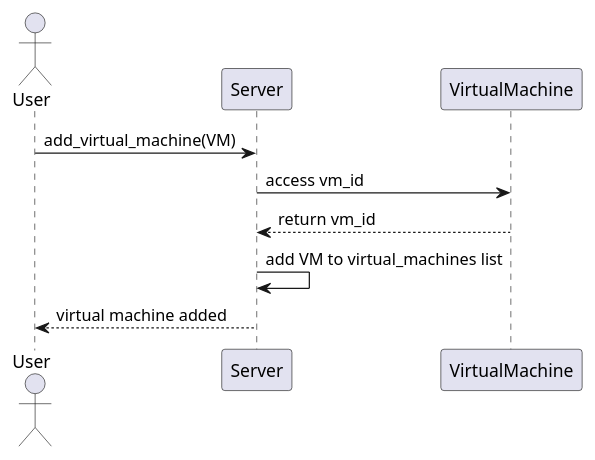
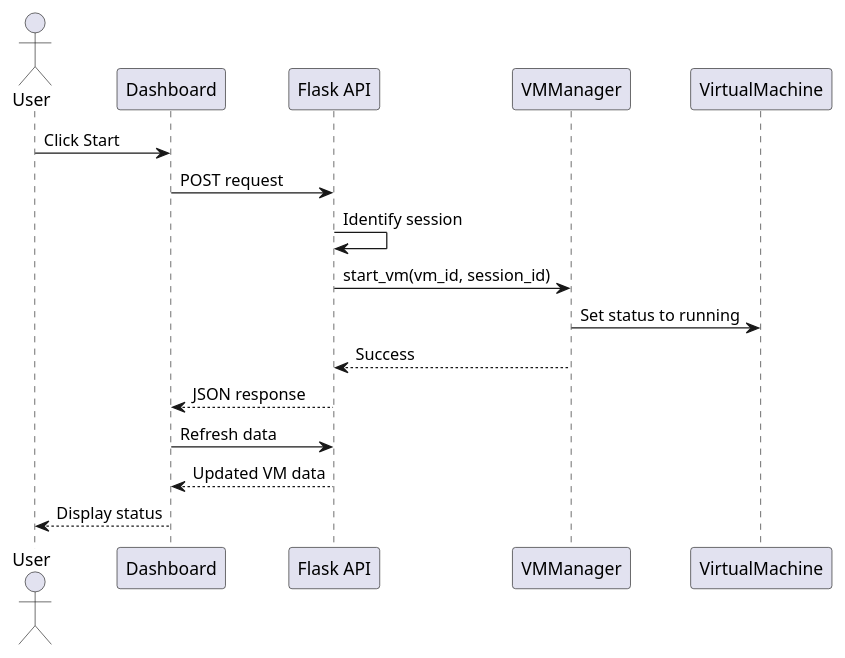
Before and after one commit to JonathanBeals/OOP-Final-Project: the diagram in uml/process-view.plantuml, drawn with PlantUML. The commit also changed 9 other files, not shown here.

Commit message:
Update 4+1 UML diagrams to reflect final architecture

```diff
--- a/uml/process-view.plantuml
+++ b/uml/process-view.plantuml
@@ -1,13 +1,22 @@
 @startuml process_view
 
+skinparam shadowing false
+
 actor User
-participant Server
+participant Dashboard
+participant "Flask API" as API
+participant VMManager
 participant VirtualMachine as VM
 
-User -> Server : add_virtual_machine(VM)
-Server -> VM : access vm_id
-VM --> Server : return vm_id
-Server -> Server : add VM to virtual_machines list
-Server --> User : virtual machine added
+User -> Dashboard : Click Start
+Dashboard -> API : POST request
+API -> API : Identify session
+API -> VMManager : start_vm(vm_id, session_id)
+VMManager -> VM : Set status to running
+VMManager --> API : Success
+API --> Dashboard : JSON response
+Dashboard -> API : Refresh data
+API --> Dashboard : Updated VM data
+Dashboard --> User : Display status
 
 @enduml
```
